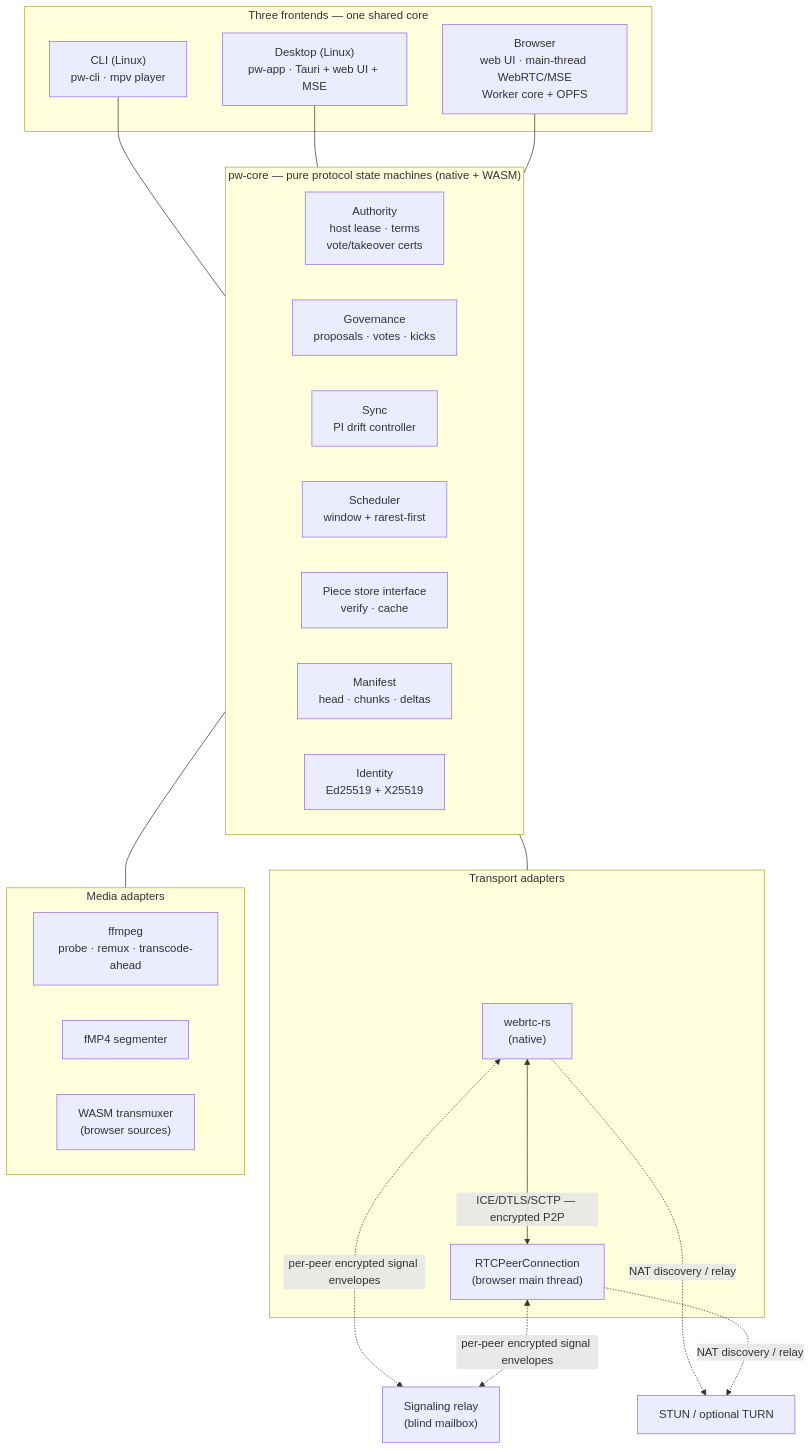
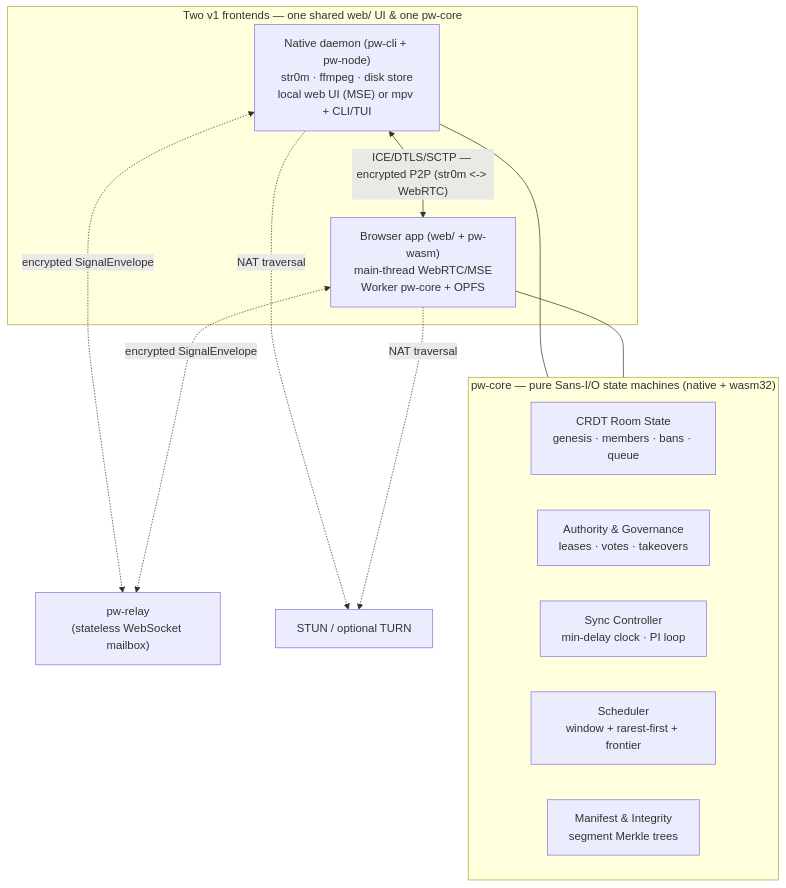
Before and after one commit to sophic00/peerwatch: the first of 6 diagrams in docs/design/architecture.md, drawn with Mermaid. The commit also changed other lines of this file and 62 other files, not shown here.

````diff
--- a/docs/design/architecture.md
+++ b/docs/design/architecture.md
@@ -95,40 +68,24 @@
 ```mermaid
 flowchart TB
-    subgraph Clients["Three frontends — one shared core"]
-        CLI["CLI (Linux)<br/>pw-cli · mpv player"]
-        DESK["Desktop (Linux)<br/>pw-app · Tauri + web UI + MSE"]
-        WEB["Browser<br/>web UI · main-thread WebRTC/MSE<br/>Worker core + OPFS"]
+    subgraph Frontends["Two v1 frontends — one shared web/ UI & one pw-core"]
+        NAT["Native daemon (pw-cli + pw-node)<br/>str0m · ffmpeg · disk store<br/>local web UI (MSE) or mpv + CLI/TUI"]
+        WEB["Browser app (web/ + pw-wasm)<br/>main-thread WebRTC/MSE<br/>Worker pw-core + OPFS"]
     end
 
-    subgraph Core["pw-core — pure protocol state machines (native + WASM)"]
-        AUTH["Authority<br/>host lease · terms<br/>vote/takeover certs"]
-        GOV["Governance<br/>proposals · votes · kicks"]
-        SYNC["Sync<br/>PI drift controller"]
-        SCHED["Scheduler<br/>window + rarest-first"]
-        STORE["Piece store interface<br/>verify · cache"]
-        MAN["Manifest<br/>head · chunks · deltas"]
-        IDENT["Identity<br/>Ed25519 + X25519"]
+    subgraph Core["pw-core — pure Sans-I/O state machines (native + wasm32)"]
+        CRDT["CRDT Room State<br/>genesis · members · bans · queue"]
+        AUTH["Authority & Governance<br/>leases · votes · takeovers"]
+        SYNC["Sync Controller<br/>min-delay clock · PI loop"]
+        SCHED["Scheduler<br/>window + rarest-first + frontier"]
+        MAN["Manifest & Integrity<br/>segment Merkle trees"]
     end
 
-    subgraph Xport["Transport adapters"]
-        TRN["webrtc-rs<br/>(native)"]
-        TRW["RTCPeerConnection<br/>(browser main thread)"]
-    end
-
-    subgraph Media["Media adapters"]
-        FFM["ffmpeg<br/>probe · remux · transcode-ahead"]
-        SEG["fMP4 segmenter"]
-        TMX["WASM transmuxer<br/>(browser sources)"]
-    end
-
-    SIG["Signaling relay<br/>(blind mailbox)"]
+    SIG["pw-relay<br/>(stateless WebSocket mailbox)"]
     STUN["STUN / optional TURN"]
 
-    CLI & DESK & WEB --- Core
-    Core --- Xport
-    Core --- Media
-    TRN <-->|"ICE/DTLS/SCTP — encrypted P2P"| TRW
-    TRN <-.->|"per-peer encrypted signal envelopes"| SIG
-    TRW <-.->|"per-peer encrypted signal envelopes"| SIG
-    TRN & TRW -.->|"NAT discovery / relay"| STUN
+    NAT & WEB --- Core
+    NAT <-->|"ICE/DTLS/SCTP — encrypted P2P (str0m <-> WebRTC)"| WEB
+    NAT <-.->|"encrypted SignalEnvelope"| SIG
+    WEB <-.->|"encrypted SignalEnvelope"| SIG
+    NAT & WEB -.->|"NAT traversal"| STUN
 ```
````
